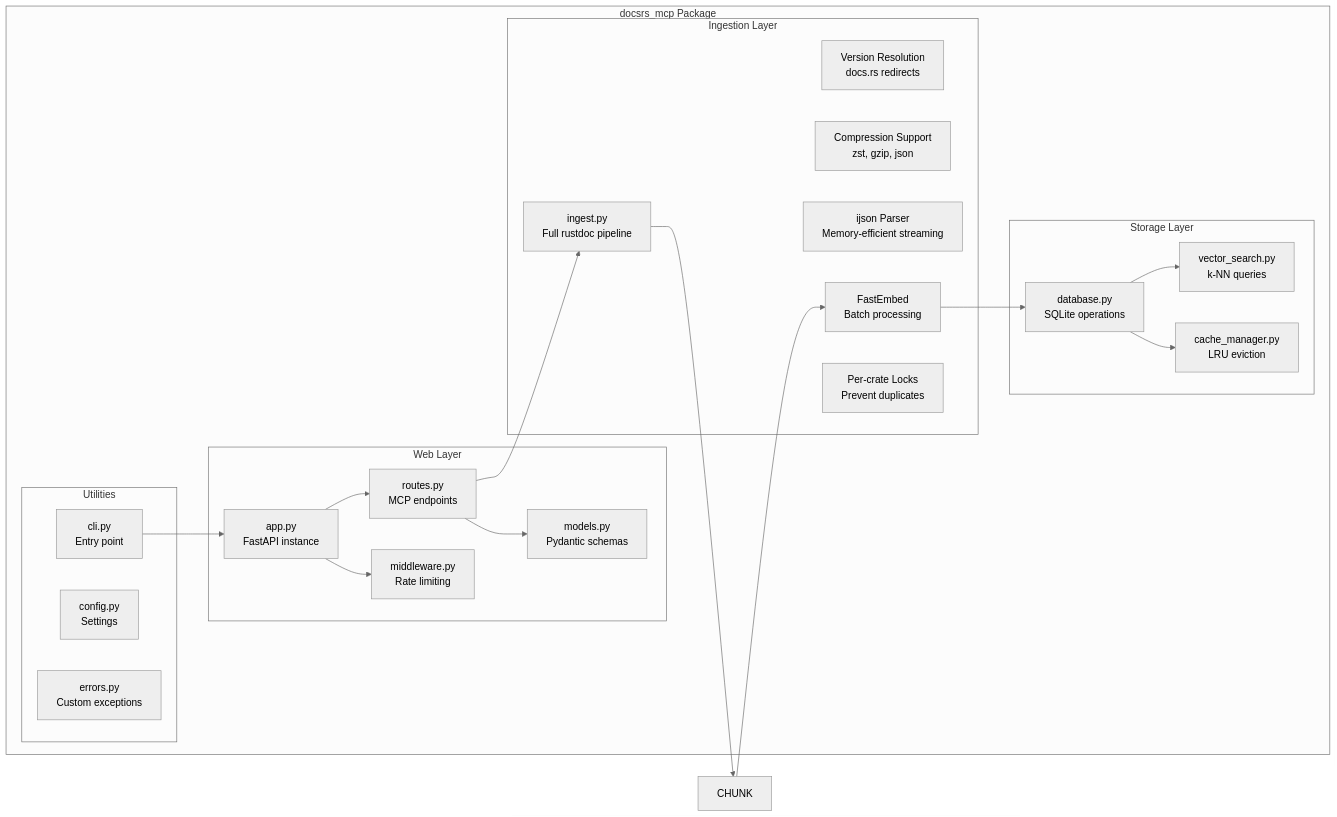
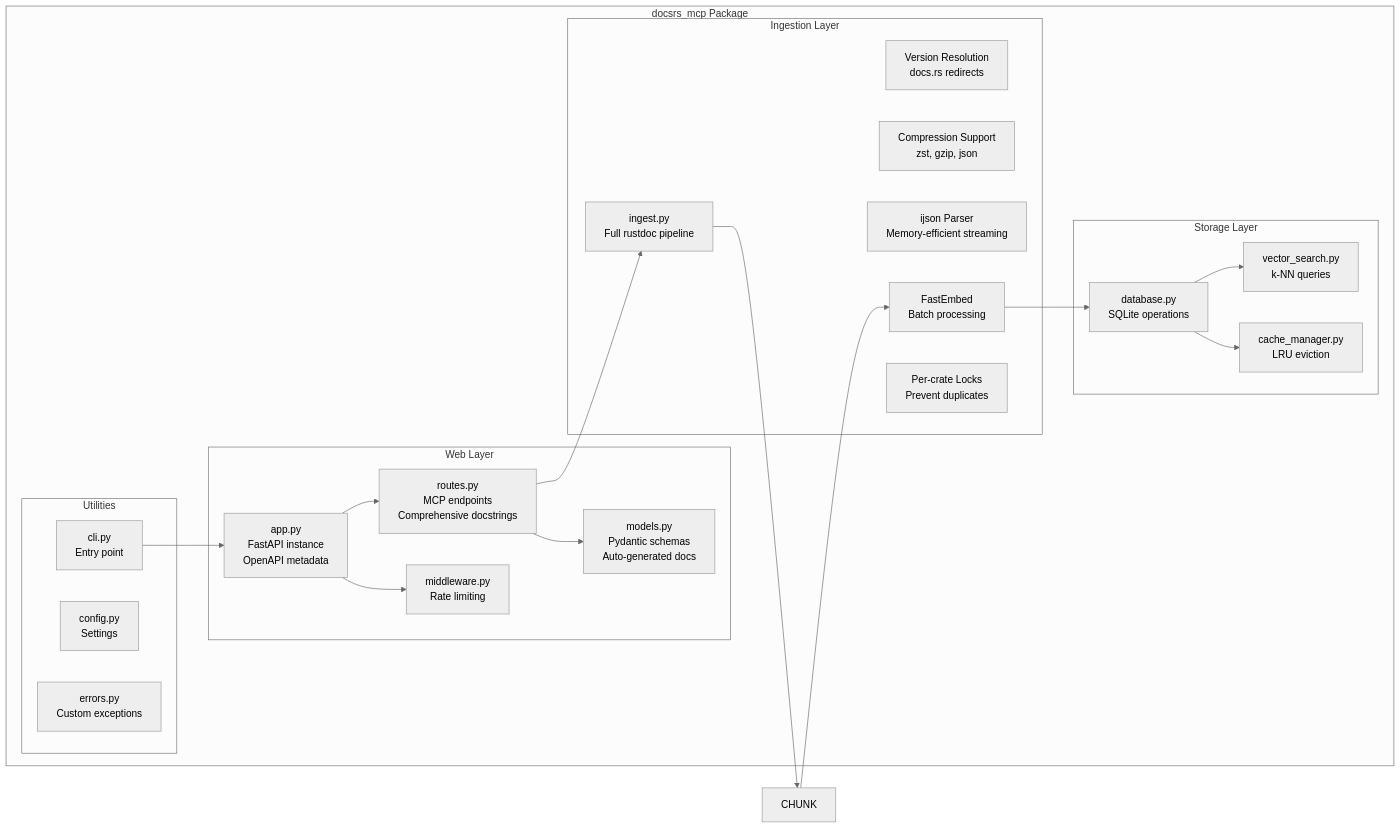
Before and after one commit to RimoVR/docsrs-mcp: the second of 11 diagrams in Architecture.md, drawn with Mermaid (neutral theme). The commit also changed other lines of this file and 7 other files, not shown here.

First line of the commit message:
docs: Enhance project documentation with comprehensive README and API docs

````diff
--- a/Architecture.md
+++ b/Architecture.md
@@ -48,43 +48,43 @@
 ```mermaid
 graph LR
     subgraph "docsrs_mcp Package"
         subgraph "Web Layer"
-            APP[app.py<br/>FastAPI instance]
-            ROUTES[routes.py<br/>MCP endpoints]
-            MODELS[models.py<br/>Pydantic schemas]
+            APP[app.py<br/>FastAPI instance<br/>OpenAPI metadata]
+            ROUTES[routes.py<br/>MCP endpoints<br/>Comprehensive docstrings]
+            MODELS[models.py<br/>Pydantic schemas<br/>Auto-generated docs]
             MW[middleware.py<br/>Rate limiting]
         end
         
         subgraph "Ingestion Layer"
             ING[ingest.py<br/>Full rustdoc pipeline]
             VER[Version Resolution<br/>docs.rs redirects]
             DL[Compression Support<br/>zst, gzip, json]
             PARSE[ijson Parser<br/>Memory-efficient streaming]
             EMBED[FastEmbed<br/>Batch processing]
             LOCK[Per-crate Locks<br/>Prevent duplicates]
         end
         
         subgraph "Storage Layer"
             DB[database.py<br/>SQLite operations]
             VSS[vector_search.py<br/>k-NN queries]
             CACHE[cache_manager.py<br/>LRU eviction]
         end
         
         subgraph "Utilities"
             CLI[cli.py<br/>Entry point]
             CONFIG[config.py<br/>Settings]
             ERRORS[errors.py<br/>Custom exceptions]
         end
     end
     
     APP --> ROUTES
     ROUTES --> MODELS
     APP --> MW
     ROUTES --> ING
     ING --> CHUNK
     CHUNK --> EMBED
     EMBED --> DB
     DB --> VSS
     DB --> CACHE
     CLI --> APP
 ```
````
